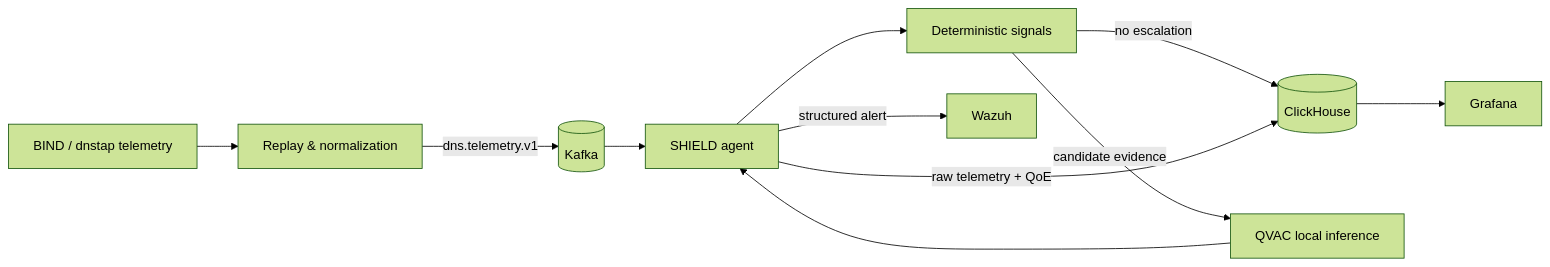
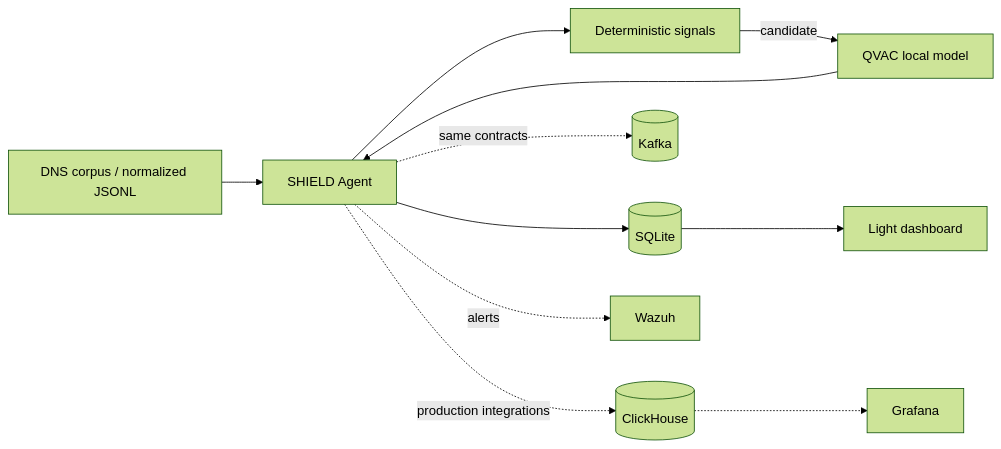
One commit to KerubeDev/Track4 changed the first of 3 diagrams in README.md. Above: the diagram before and after it, drawn with Mermaid (forest theme). The commit also changed other lines of this file, not shown here.

Commit message:
docs: make light mode the primary workstation path

````diff
--- a/README.md
+++ b/README.md
@@ -18,13 +11,13 @@
 ```mermaid
 flowchart LR
-    B["BIND / dnstap telemetry"] --> E["Replay & normalization"]
-    E -->|dns.telemetry.v1| K[(Kafka)]
-    K --> A["SHIELD agent"]
-    A --> F["Deterministic signals"]
-    F -->|no escalation| C[(ClickHouse)]
-    F -->|candidate evidence| Q["QVAC local inference"]
-    Q --> A
-    A -->|structured alert| W["Wazuh"]
-    A -->|raw telemetry + QoE| C
-    C --> G["Grafana"]
+  D[DNS corpus / normalized JSONL] --> A[SHIELD Agent]
+  A --> F[Deterministic signals]
+  F -->|candidate| Q[QVAC local model]
+  Q --> A
+  A --> S[(SQLite)]
+  S --> U[Light dashboard]
+  A -. same contracts .-> K[(Kafka)]
+  A -. production integrations .-> C[(ClickHouse)]
+  A -. alerts .-> W[Wazuh]
+  C -.-> G[Grafana]
 ```
````
